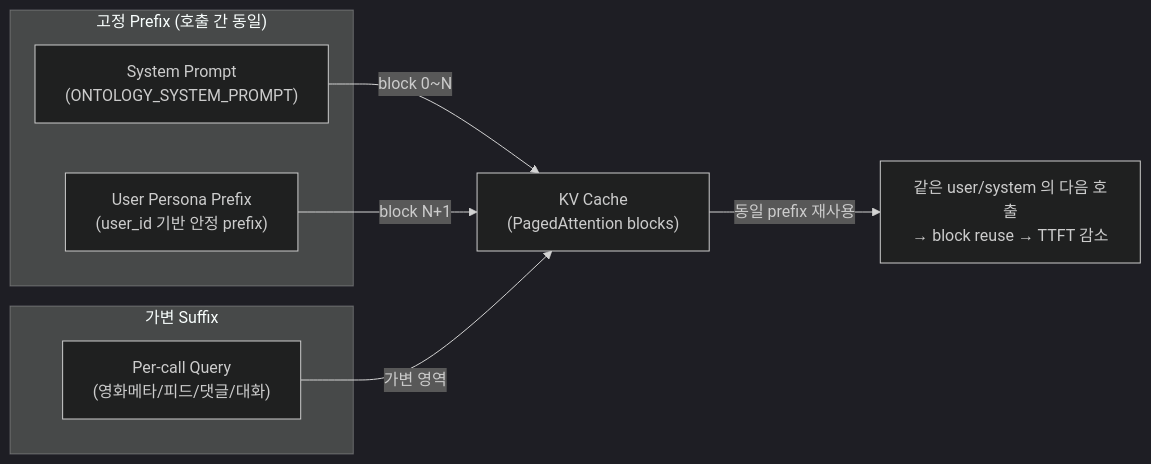
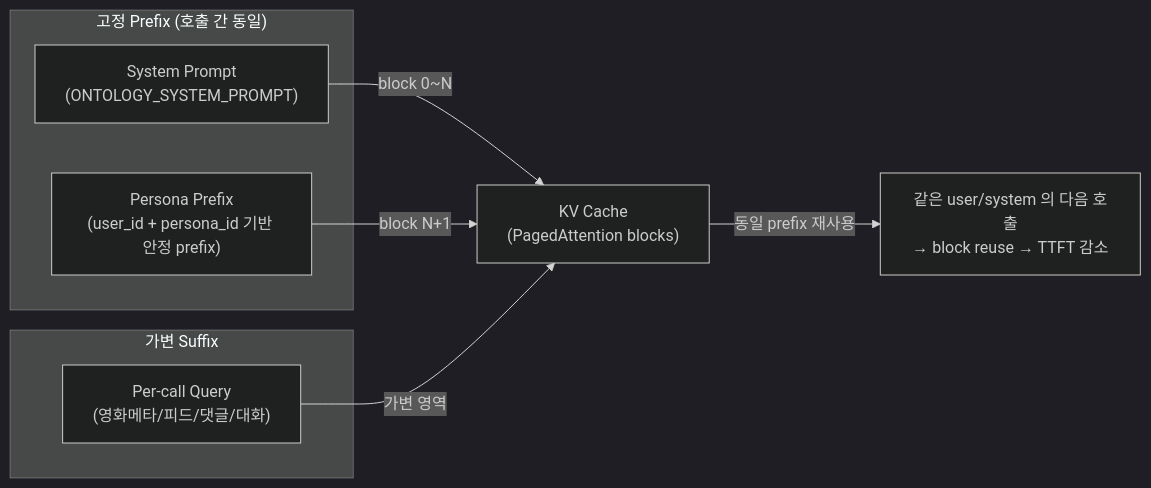
One commit to kakao4-KAKAMU/KAKAMU_DE changed the fourth of 5 diagrams in docs/architecture.md. Above: the diagram before and after it, drawn with Mermaid (dark theme). The commit also changed other lines of this file and 9 other files, not shown here.

````diff
--- a/docs/architecture.md
+++ b/docs/architecture.md
@@ -163,17 +163,17 @@
 ```mermaid
 flowchart LR
     subgraph Prefix["고정 Prefix (호출 간 동일)"]
         SP["System Prompt\n(ONTOLOGY_SYSTEM_PROMPT)"]
-        UP["User Persona Prefix\n(user_id 기반 안정 prefix)"]
+        UP["Persona Prefix\n(user_id + persona_id 기반 안정 prefix)"]
     end
 
     subgraph Variable["가변 Suffix"]
         Q["Per-call Query\n(영화메타/피드/댓글/대화)"]
     end
 
     SP -- block 0~N --> KV["KV Cache\n(PagedAttention blocks)"]
     UP -- block N+1 --> KV
     Q  -- 가변 영역 --> KV
 
     KV -- 동일 prefix 재사용 --> Reuse["같은 user/system 의 다음 호출\n→ block reuse → TTFT 감소"]
 ```
````
